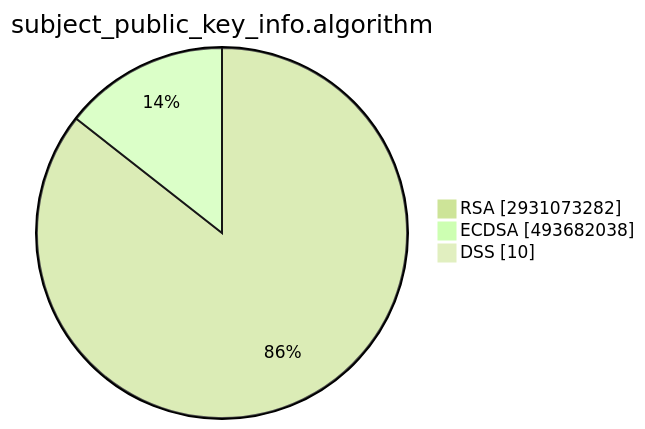
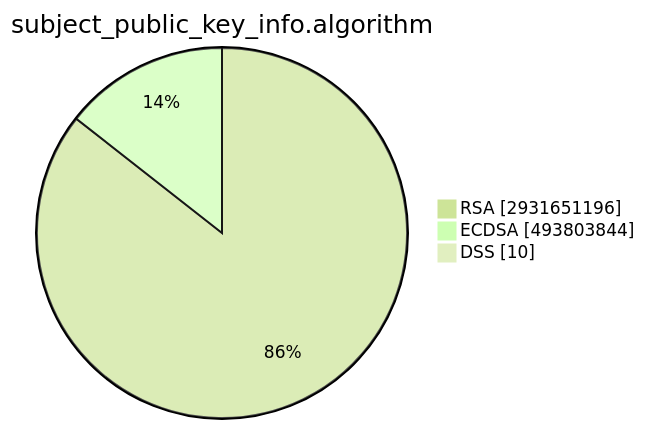
One commit to christiankrug/ctmonitor_visualization changed the second of 15 diagrams in TOTAL/README.md. Above: the diagram before and after it, drawn with Mermaid (forest theme). The commit also changed other lines of this file, not shown here.

````diff
--- a/TOTAL/README.md
+++ b/TOTAL/README.md
@@ -6,7 +6,7 @@
 ```mermaid
 pie showData
 title subject_public_key_info.algorithm
-"RSA" :2931073282
-"ECDSA" :493682038
+"RSA" :2931651196
+"ECDSA" :493803844
 "DSS" :10
 ```
````
